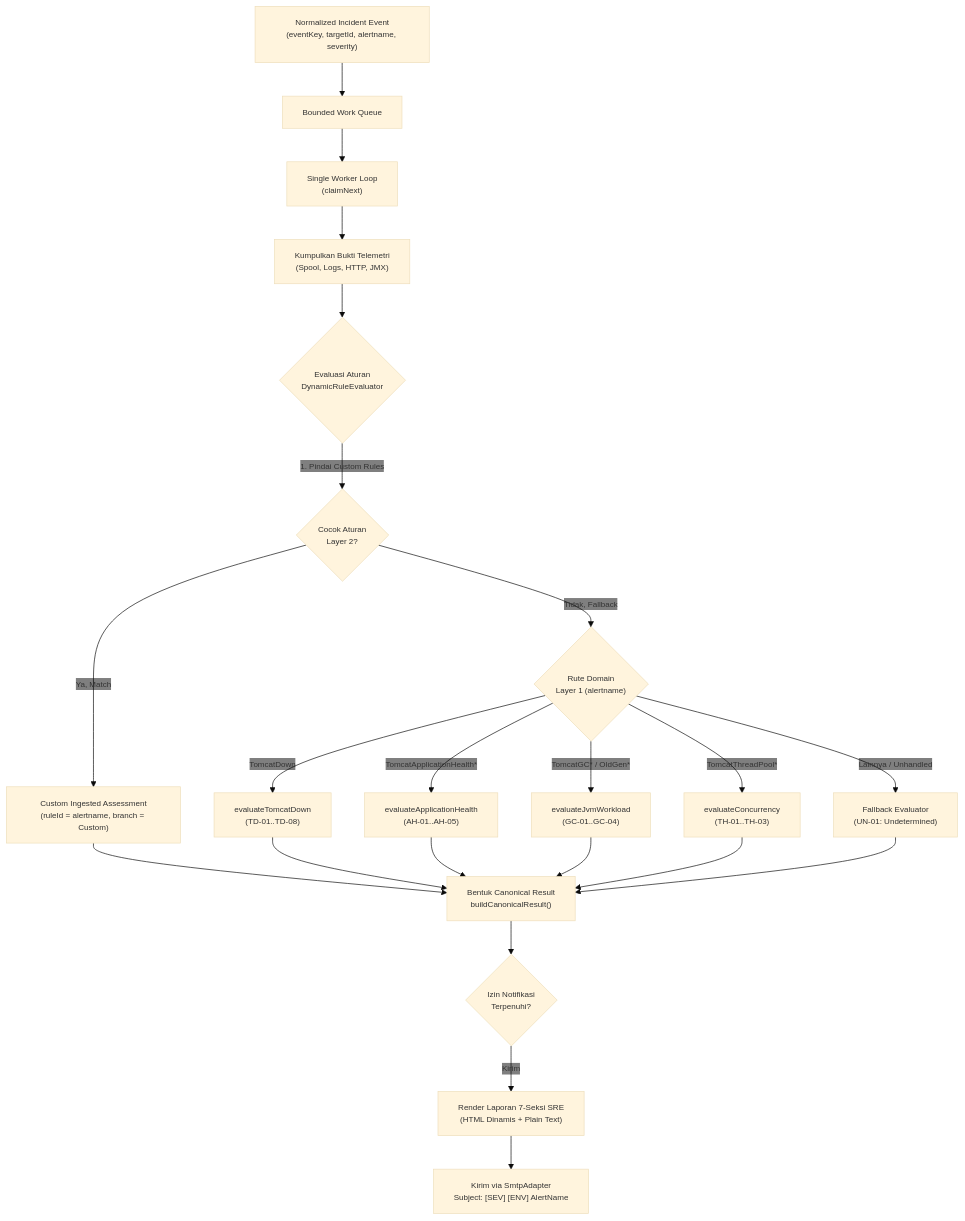
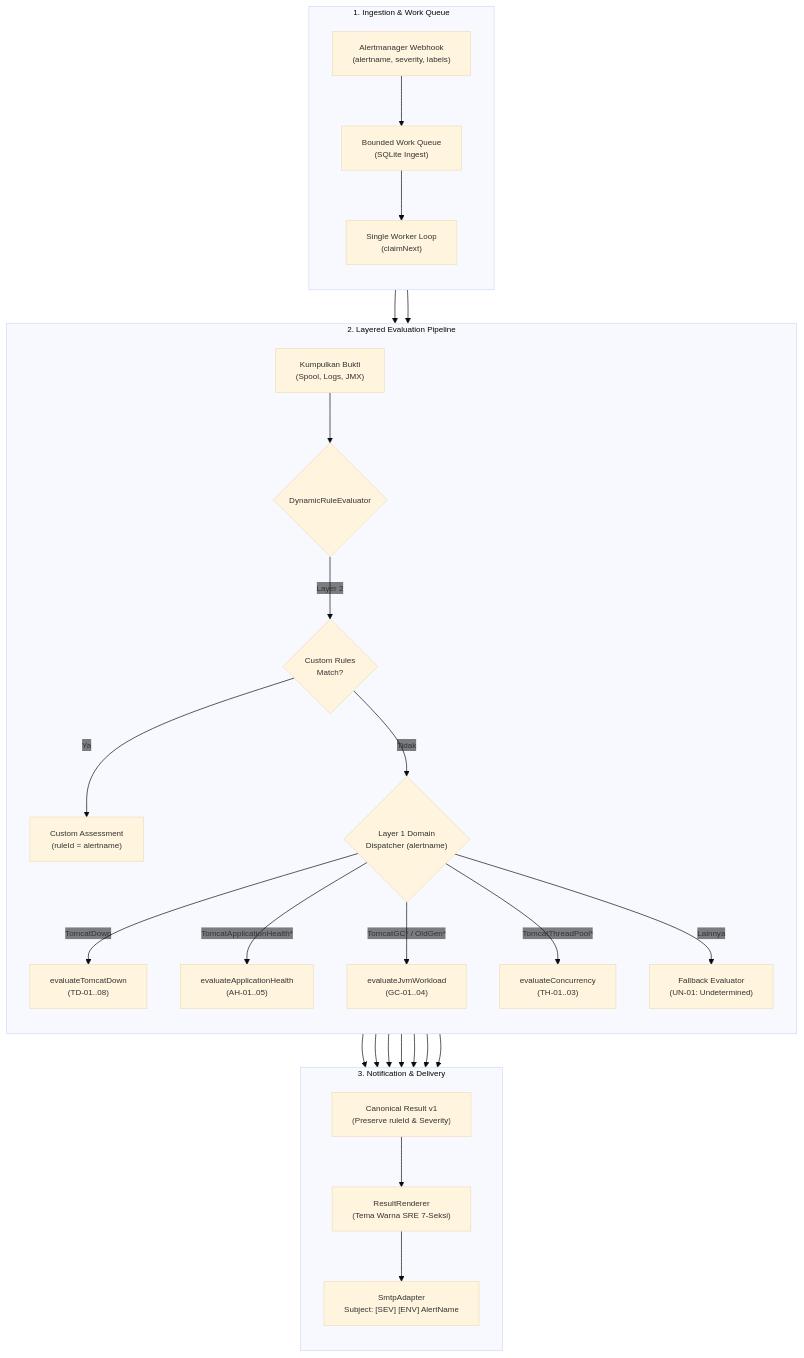
The diagram in docs/projects/tomcat-monitoring/engineering-journal/monitoring-platform-integration/TN-006-implement-multi-domain-diagnostic-dispatcher-and-decision-engines.md (edkas07-oss/devops-handbook), drawn with Mermaid before and after one commit. The commit also changed other lines of this file and 4 other files, not shown here.

Commit message:
docs(tomcat-monitoring): harmonize TN-006, TN-007, TN-008, TN-009, TN-010 to canonical 20-section standard

````diff
--- a/docs/projects/tomcat-monitoring/engineering-journal/monitoring-platform-integration/TN-006-implement-multi-domain-diagnostic-dispatcher-and-decision-engines.md
+++ b/docs/projects/tomcat-monitoring/engineering-journal/monitoring-platform-integration/TN-006-implement-multi-domain-diagnostic-dispatcher-and-decision-engines.md
@@ -119,39 +106,43 @@
 ```mermaid
 %%{init: {
   'theme': 'base',
   'themeVariables': {
     'edgeLabelBackground': 'transparent',
     'fontSize': '12px'
   }
 }}%%
 flowchart TD
-    EVENT["Normalized Incident Event<br/>(eventKey, targetId, alertname, severity)"] --> QUEUE["Bounded Work Queue"]
-    QUEUE --> WORKER["Single Worker Loop<br/>(claimNext)"]
-    WORKER --> COLLECT["Kumpulkan Bukti Telemetri<br/>(Spool, Logs, HTTP, JMX)"]
-    
-    COLLECT --> EVAL{"Evaluasi Aturan<br/>DynamicRuleEvaluator"}
-    
-    %% Layer 2
-    EVAL -->|1. Pindai Custom Rules| L2{"Cocok Aturan<br/>Layer 2?"}
-    L2 -->|Ya, Match| CUSTOM["Custom Ingested Assessment<br/>(ruleId = alertname, branch = Custom)"]
-    
-    %% Layer 1
-    L2 -->|Tidak, Fallback| L1{"Rute Domain<br/>Layer 1 (alertname)"}
-    
-    L1 -->|TomcatDown| E1["evaluateTomcatDown<br/>(TD-01..TD-08)"]
-    L1 -->|TomcatApplicationHealth*| E2["evaluateApplicationHealth<br/>(AH-01..AH-05)"]
-    L1 -->|TomcatGC* / OldGen*| E3["evaluateJvmWorkload<br/>(GC-01..GC-04)"]
-    L1 -->|TomcatThreadPool*| E4["evaluateConcurrency<br/>(TH-01..TH-03)"]
-    L1 -->|Lainnya / Unhandled| E5["Fallback Evaluator<br/>(UN-01: Undetermined)"]
-    
-    CUSTOM --> CANON["Bentuk Canonical Result<br/>buildCanonicalResult()"]
-    E1 --> CANON
-    E2 --> CANON
-    E3 --> CANON
-    E4 --> CANON
-    E5 --> CANON
-    
-    CANON --> NOTIFY{"Izin Notifikasi<br/>Terpenuhi?"}
-    NOTIFY -->|Kirim| RENDER["Render Laporan 7-Seksi SRE<br/>(HTML Dinamis + Plain Text)"]
-    RENDER --> SMTP["Kirim via SmtpAdapter<br/>Subject: [SEV] [ENV] AlertName"]
+    subgraph INGESTION["1. Ingestion & Work Queue"]
+        direction TB
+        EVENT["Alertmanager Webhook<br/>(alertname, severity, labels)"] --> QUEUE["Bounded Work Queue<br/>(SQLite Ingest)"]
+        QUEUE --> WORKER["Single Worker Loop<br/>(claimNext)"]
+    end
+
+    subgraph DISPATCHER["2. Layered Evaluation Pipeline"]
+        direction TB
+        WORKER --> COLLECT["Kumpulkan Bukti<br/>(Spool, Logs, JMX)"]
+        COLLECT --> EVAL{"DynamicRuleEvaluator"}
+        EVAL -->|Layer 2| L2{"Custom Rules<br/>Match?"}
+        L2 -->|Ya| CUSTOM["Custom Assessment<br/>(ruleId = alertname)"]
+        L2 -->|Tidak| L1{"Layer 1 Domain<br/>Dispatcher (alertname)"}
+        L1 -->|TomcatDown| E1["evaluateTomcatDown<br/>(TD-01..08)"]
+        L1 -->|TomcatApplicationHealth*| E2["evaluateApplicationHealth<br/>(AH-01..05)"]
+        L1 -->|TomcatGC* / OldGen*| E3["evaluateJvmWorkload<br/>(GC-01..04)"]
+        L1 -->|TomcatThreadPool*| E4["evaluateConcurrency<br/>(TH-01..03)"]
+        L1 -->|Lainnya| E5["Fallback Evaluator<br/>(UN-01: Undetermined)"]
+    end
+
+    subgraph NOTIFICATION["3. Notification & Delivery"]
+        direction TB
+        CUSTOM --> CANON["Canonical Result v1<br/>(Preserve ruleId & Severity)"]
+        E1 --> CANON
+        E2 --> CANON
+        E3 --> CANON
+        E4 --> CANON
+        E5 --> CANON
+        CANON --> RENDER["ResultRenderer<br/>(Tema Warna SRE 7-Seksi)"]
+        RENDER --> SMTP["SmtpAdapter<br/>Subject: [SEV] [ENV] AlertName"]
+    end
+
+    INGESTION --> DISPATCHER --> NOTIFICATION
 ```
````
